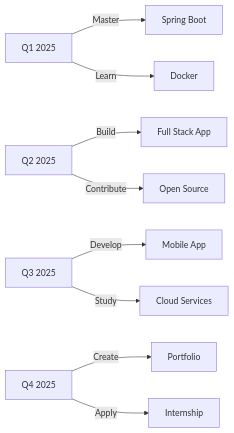
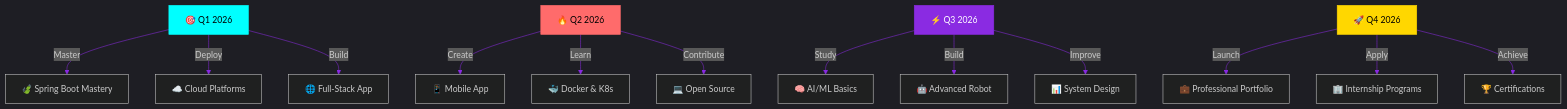
One commit to FahryAditya/FahryAditya changed the diagram in README.md. Above: the diagram before and after it, drawn with Mermaid. The commit also changed other lines of this file, not shown here.

````diff
--- a/README.md
+++ b/README.md
@@ -204,11 +401,24 @@
 ```mermaid
-graph LR
-    A[Q1 2025] -->|Master| B[Spring Boot]
-    A -->|Learn| C[Docker]
-    D[Q2 2025] -->|Build| E[Full Stack App]
-    D -->|Contribute| F[Open Source]
-    G[Q3 2025] -->|Develop| H[Mobile App]
-    G -->|Study| I[Cloud Services]
-    J[Q4 2025] -->|Create| K[Portfolio]
-    J -->|Apply| L[Internship]
+%%{init: {'theme':'dark', 'themeVariables': { 'primaryColor':'#00FFFF','primaryTextColor':'#fff','primaryBorderColor':'#00FFFF','lineColor':'#8A2BE2','secondaryColor':'#FF6B6B','tertiaryColor':'#FFD700'}}}%%
+graph TB
+    A[🎯 Q1 2026] -->|Master| B[🍃 Spring Boot Mastery]
+    A -->|Deploy| C[☁️ Cloud Platforms]
+    A -->|Build| D[🌐 Full-Stack App]
+    
+    E[🔥 Q2 2026] -->|Create| F[📱 Mobile App]
+    E -->|Learn| G[🐳 Docker & K8s]
+    E -->|Contribute| H[💻 Open Source]
+    
+    I[⚡ Q3 2026] -->|Study| J[🧠 AI/ML Basics]
+    I -->|Build| K[🤖 Advanced Robot]
+    I -->|Improve| L[📊 System Design]
+    
+    M[🚀 Q4 2026] -->|Launch| N[💼 Professional Portfolio]
+    M -->|Apply| O[🏢 Internship Programs]
+    M -->|Achieve| P[🏆 Certifications]
+    
+    style A fill:#00FFFF,stroke:#00FFFF,color:#000
+    style E fill:#FF6B6B,stroke:#FF6B6B,color:#000
+    style I fill:#8A2BE2,stroke:#8A2BE2,color:#fff
+    style M fill:#FFD700,stroke:#FFD700,color:#000
 ```
````
